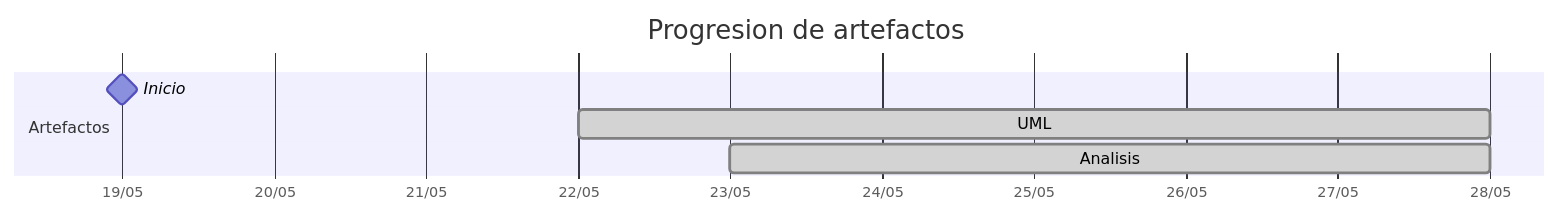
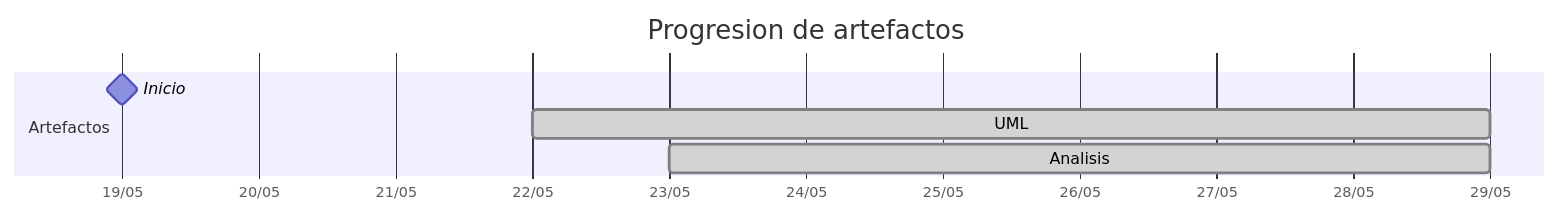
Before and after one commit to carlos-alvarado-25/25-26-idsw2-sdVC: the diagram in TIMELINES/Alejandrojuarez0105.md, drawn with Mermaid. The commit also changed other lines of this file and 25 other files, not shown here.

````diff
--- a/TIMELINES/Alejandrojuarez0105.md
+++ b/TIMELINES/Alejandrojuarez0105.md
@@ -18,10 +22,10 @@
 ```mermaid
 gantt
     title Progresion de artefactos
     dateFormat YYYY-MM-DD
     axisFormat %d/%m
     section Artefactos
         Inicio       :milestone, 2026-05-19, 0d
-        UML          :done, 2026-05-22, 2026-05-28
-        Analisis     :done, 2026-05-23, 2026-05-28
+        UML          :done, 2026-05-22, 2026-05-29
+        Analisis     :done, 2026-05-23, 2026-05-29
 ```
````
